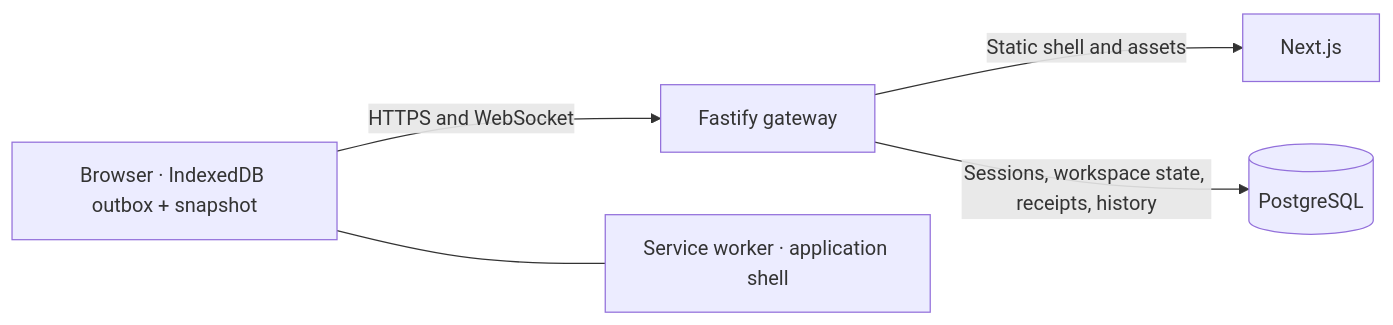
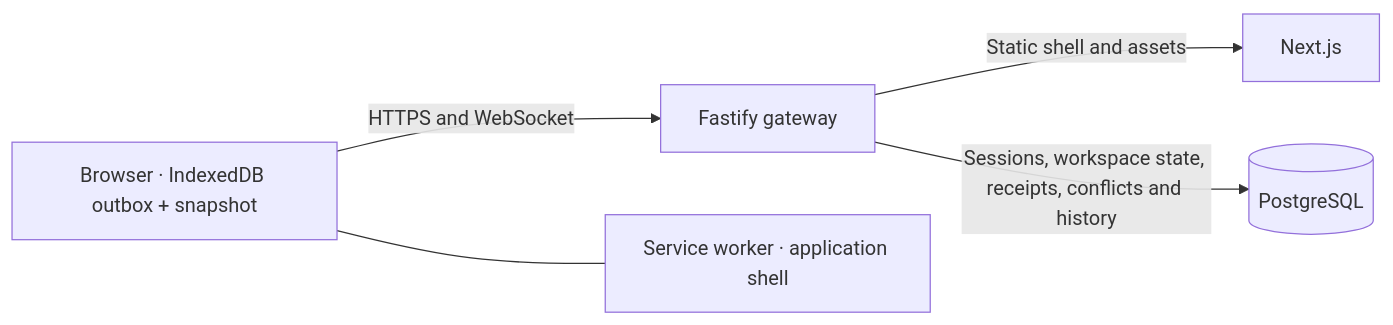
One commit to naraya07pedro-spec/fieldsync changed the diagram in docs/architecture.md. Above: the diagram before and after it, drawn with Mermaid. The commit also changed other lines of this file and 24 other files, not shown here.

````diff
--- a/docs/architecture.md
+++ b/docs/architecture.md
@@ -3,7 +3,7 @@
 ```mermaid
 flowchart LR
   Browser["Browser · IndexedDB outbox + snapshot"] -->|HTTPS and WebSocket| Gateway["Fastify gateway"]
   Browser --- Shell["Service worker · application shell"]
   Gateway -->|Static shell and assets| Next["Next.js"]
-  Gateway -->|Sessions, workspace state, receipts, history| Pg[("PostgreSQL")]
+  Gateway -->|Sessions, workspace state, receipts, conflicts and history| Pg[("PostgreSQL")]
 ```
````
